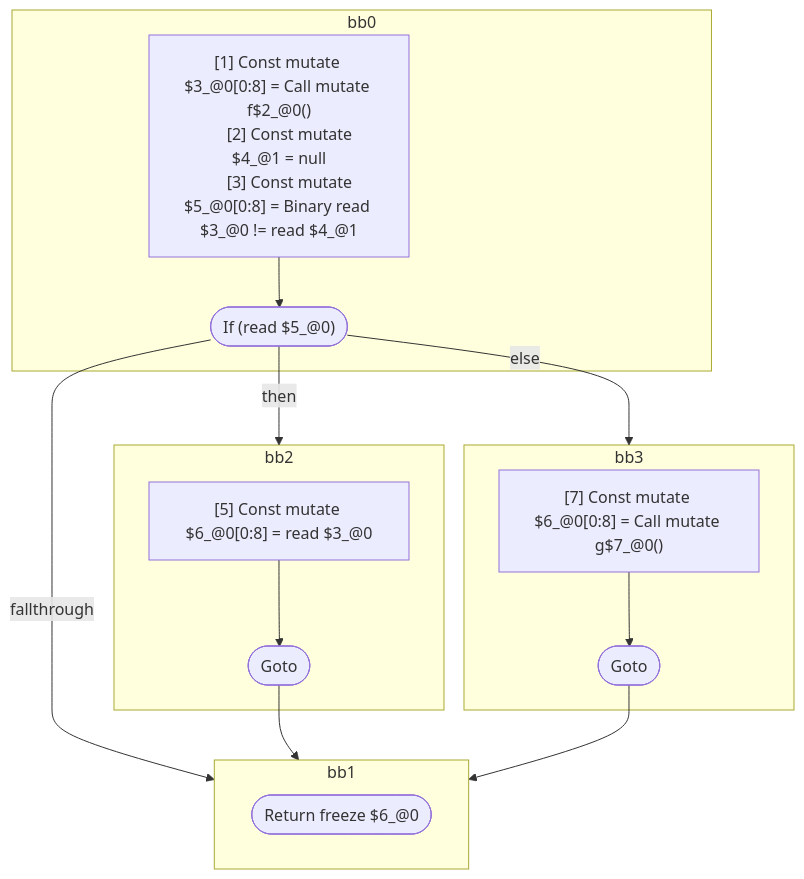
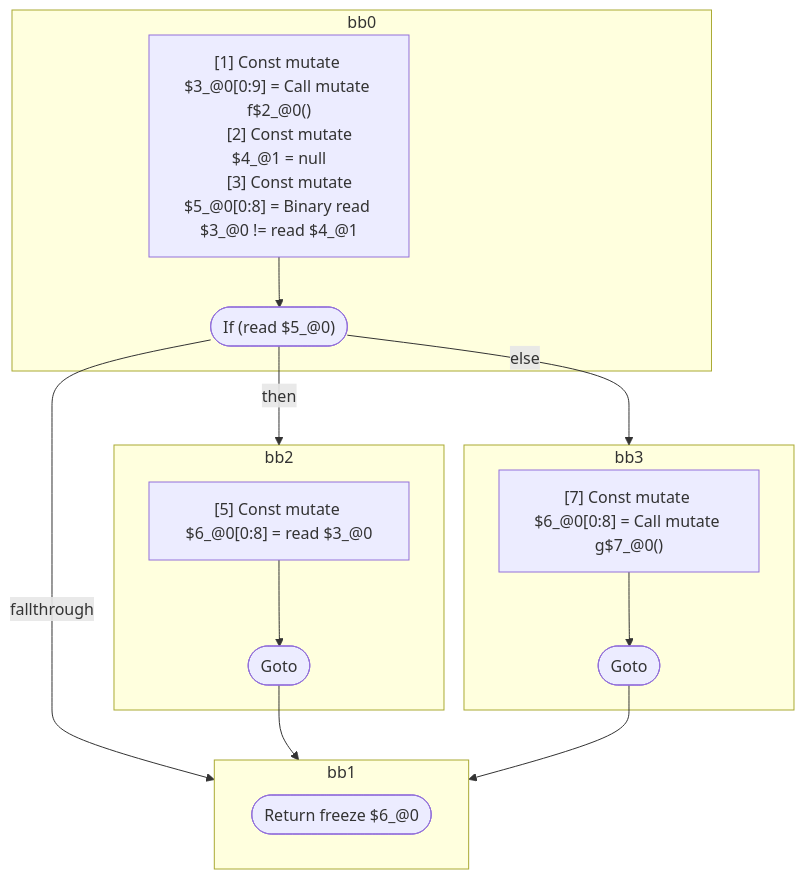
The third of 5 diagrams in compiler/forget/src/__tests__/fixtures/hir/logical-expression.expect.md (wutsmog/private), drawn with Mermaid before and after one commit. The commit also changed other lines of this file and 26 other files, not shown here.

````diff
--- a/compiler/forget/src/__tests__/fixtures/hir/logical-expression.expect.md
+++ b/compiler/forget/src/__tests__/fixtures/hir/logical-expression.expect.md
@@ -177,35 +177,35 @@
 ```mermaid
 flowchart TB
   %% Basic Blocks
   subgraph bb0
     bb0_instrs["
-      [1] Const mutate $3_@0[0:8] = Call mutate f$2_@0()
+      [1] Const mutate $3_@0[0:9] = Call mutate f$2_@0()
       [2] Const mutate $4_@1 = null
       [3] Const mutate $5_@0[0:8] = Binary read $3_@0 != read $4_@1
     "]
     bb0_instrs --> bb0_terminal(["If (read $5_@0)"])
   end
   subgraph bb2
     bb2_instrs["
       [5] Const mutate $6_@0[0:8] = read $3_@0
     "]
     bb2_instrs --> bb2_terminal(["Goto"])
   end
   subgraph bb3
     bb3_instrs["
       [7] Const mutate $6_@0[0:8] = Call mutate g$7_@0()
     "]
     bb3_instrs --> bb3_terminal(["Goto"])
   end
   subgraph bb1
     bb1_terminal(["Return freeze $6_@0"])
   end
 
   %% Jumps
   bb0_terminal -- "then" --> bb2
   bb0_terminal -- "else" --> bb3
   bb0_terminal -- "fallthrough" --> bb1
   bb2_terminal --> bb1
   bb3_terminal --> bb1
 
 ```
````
